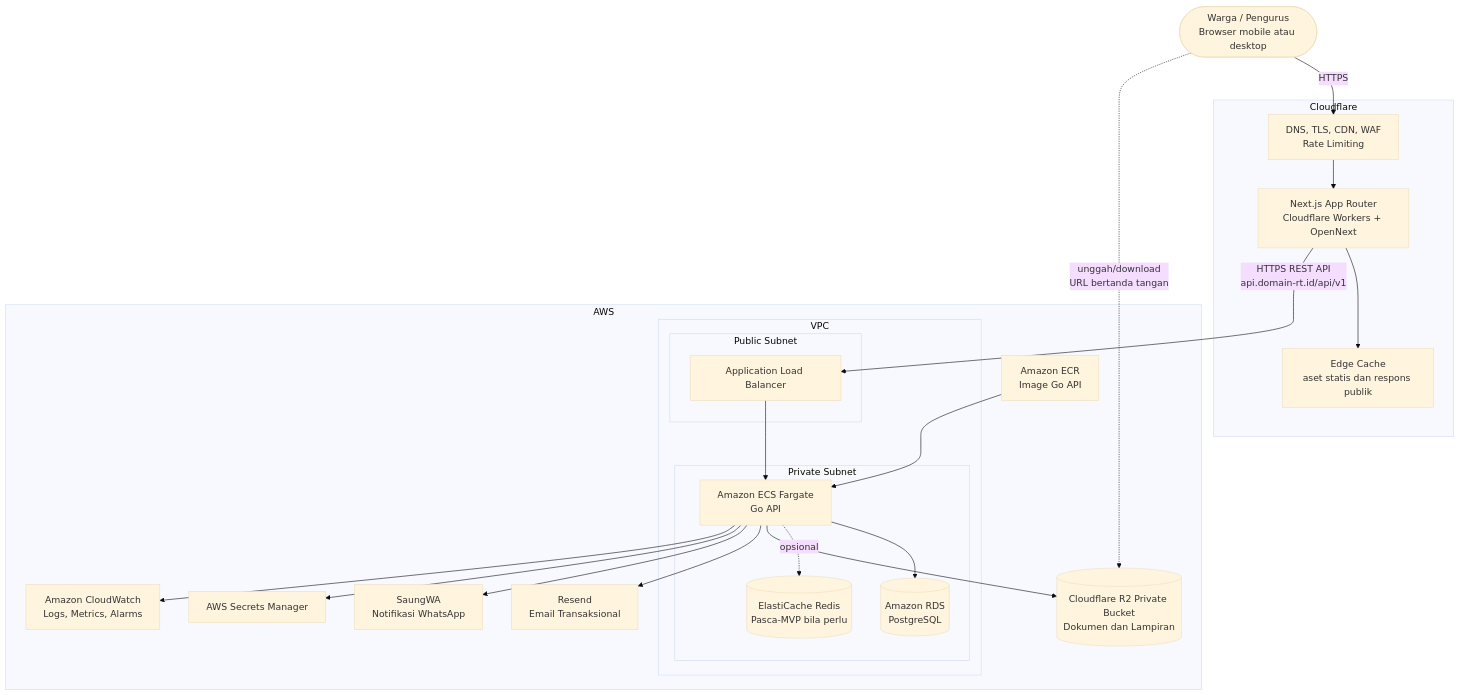
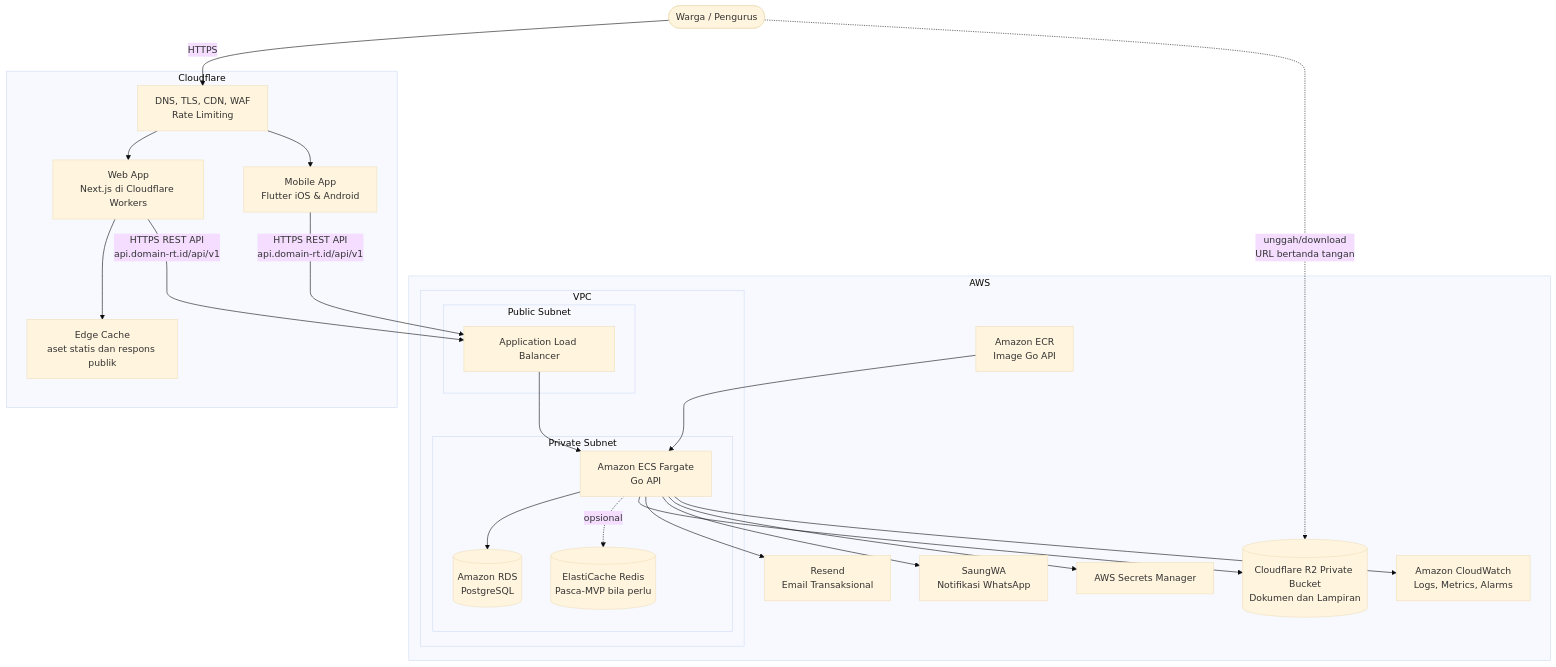
The first of 2 diagrams in SYSTEM_ARCHITECTURE.md (maspriyambodo/rtdigital), drawn with Mermaid (base theme) before and after one commit. The commit also changed other lines of this file, not shown here.

Commit message:
docs: sesuaikan dokumentasi SYSTEM_ARCHITECTURE.md untuk backend, mobile apps, web apps

````diff
--- a/SYSTEM_ARCHITECTURE.md
+++ b/SYSTEM_ARCHITECTURE.md
@@ -25,49 +25,52 @@
 ```mermaid
 flowchart TD
-    User([Warga / Pengurus<br/>Browser mobile atau desktop]) -->|HTTPS| CF
+    User([Warga / Pengurus]) -->|HTTPS| CF
 
     subgraph Cloudflare["Cloudflare"]
         CF[DNS, TLS, CDN, WAF<br/>Rate Limiting]
-        WEB[Next.js App Router<br/>Cloudflare Workers + OpenNext]
+        WEB[Web App<br/>Next.js di Cloudflare Workers]
+        MOBILE[Mobile App<br/>Flutter iOS & Android]
         CACHE[Edge Cache<br/>aset statis dan respons publik]
         CF --> WEB
+        CF --> MOBILE
         WEB --> CACHE
     end
 
     WEB -->|HTTPS REST API<br/>api.domain-rt.id/api/v1| ALB
+    MOBILE -->|HTTPS REST API<br/>api.domain-rt.id/api/v1| ALB
 
     subgraph AWS["AWS"]
         ALB[Application Load Balancer]
 
         subgraph VPC["VPC"]
             subgraph PublicSubnet["Public Subnet"]
                 ALB
             end
 
             subgraph PrivateSubnet["Private Subnet"]
                 ECS[Amazon ECS Fargate<br/>Go API]
                 RDS[(Amazon RDS<br/>PostgreSQL)]
                 Redis[(ElastiCache Redis<br/>Pasca-MVP bila perlu)]
             end
         end
 
         R2[(Cloudflare R2 Private Bucket<br/>Dokumen dan Lampiran)]
         RESEND[Resend<br/>Email Transaksional]
         SAUNGWA[SaungWA<br/>Notifikasi WhatsApp]
         SM[AWS Secrets Manager]
         CW[Amazon CloudWatch<br/>Logs, Metrics, Alarms]
         ECR[Amazon ECR<br/>Image Go API]
     end
 
     ALB --> ECS
     ECS --> RDS
     ECS -.opsional.-> Redis
     ECS --> R2
     ECS --> RESEND
     ECS --> SAUNGWA
     ECS --> SM
     ECS --> CW
     ECR --> ECS
 
     User -.unggah/download<br/>URL bertanda tangan.-> R2
 ```
````
